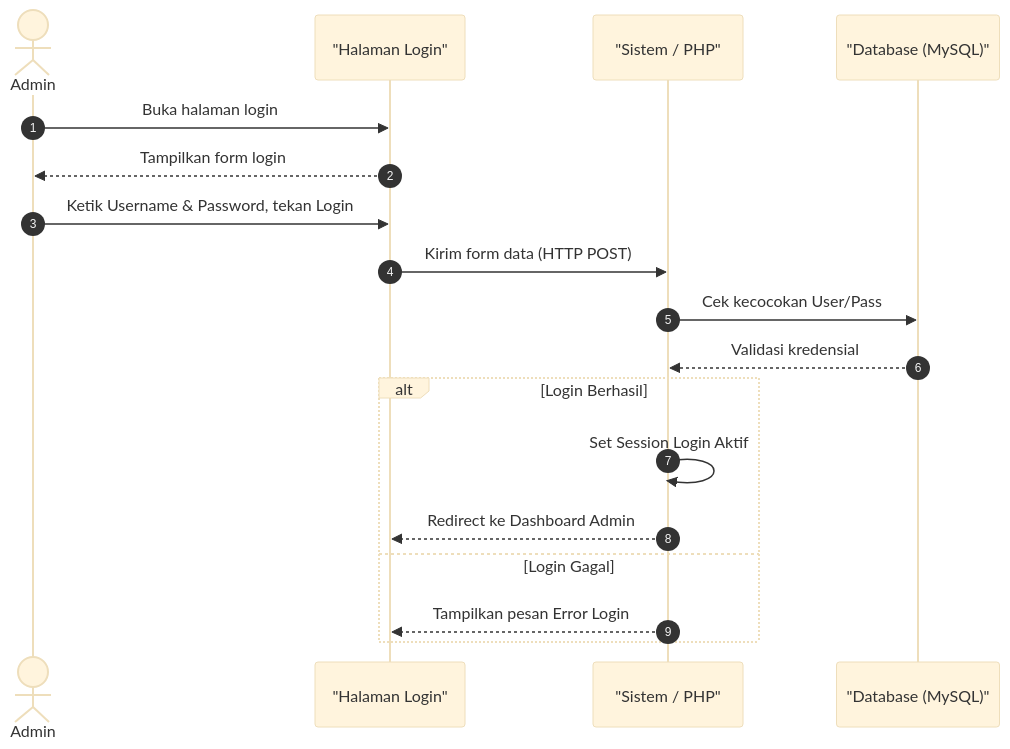
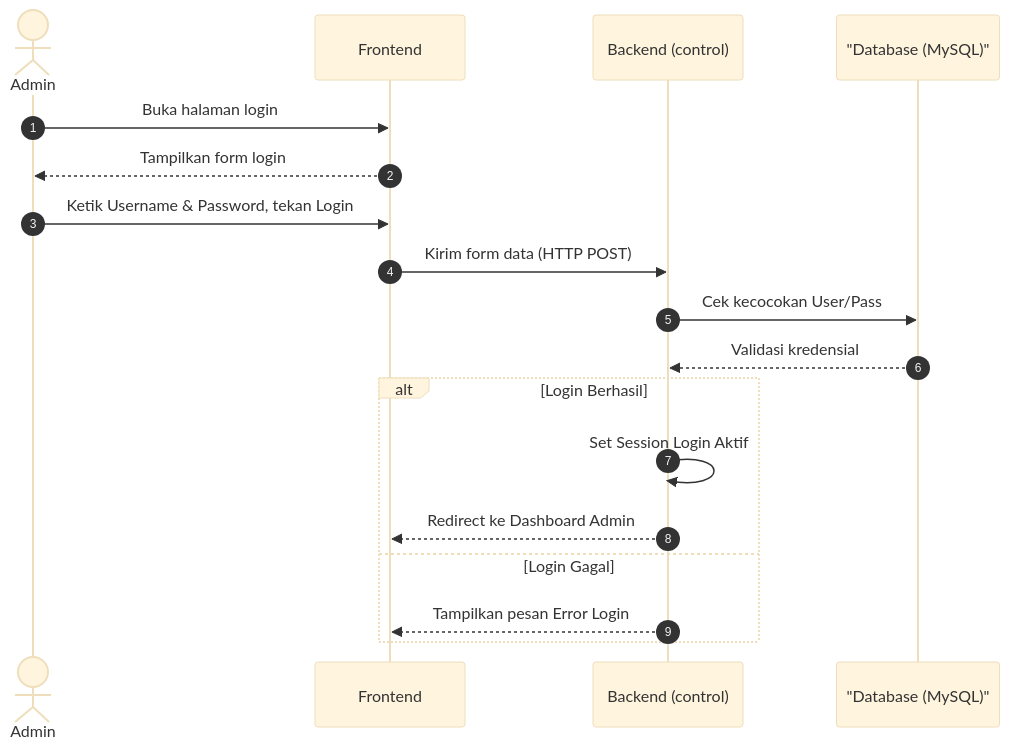
Before and after one commit to arbain-dev/Web_fikom: the first of 17 diagrams in docs/kumpulan_sequence_backend.md, drawn with Mermaid (base theme). The commit also changed other lines of this file and 1 other file, not shown here.

Commit message:
docs: standardisasi arsitektur 3 tier (Frontend, Backend, DB) pada seluruh sequence diagram backend

````diff
--- a/docs/kumpulan_sequence_backend.md
+++ b/docs/kumpulan_sequence_backend.md
@@ -4,24 +4,24 @@
 ```mermaid
 sequenceDiagram
     autonumber
     actor Admin as Admin
-    participant View as "Halaman Login"
-    participant System as "Sistem / PHP"
+    participant Frontend
+    participant Backend as Backend (control)
     participant DB as "Database (MySQL)"
 
-    Admin->>View: Buka halaman login
-    View-->>Admin: Tampilkan form login
+    Admin->>Frontend: Buka halaman login
+    Frontend-->>Admin: Tampilkan form login
     
-    Admin->>View: Ketik Username & Password, tekan Login
-    View->>System: Kirim form data (HTTP POST)
+    Admin->>Frontend: Ketik Username & Password, tekan Login
+    Frontend->>Backend: Kirim form data (HTTP POST)
     
-    System->>DB: Cek kecocokan User/Pass
-    DB-->>System: Validasi kredensial
+    Backend->>DB: Cek kecocokan User/Pass
+    DB-->>Backend: Validasi kredensial
     
     alt Login Berhasil
-        System->>System: Set Session Login Aktif
-        System-->>View: Redirect ke Dashboard Admin
+        Backend->>Backend: Set Session Login Aktif
+        Backend-->>Frontend: Redirect ke Dashboard Admin
     else Login Gagal
-        System-->>View: Tampilkan pesan Error Login
+        Backend-->>Frontend: Tampilkan pesan Error Login
     end
 ```
````
